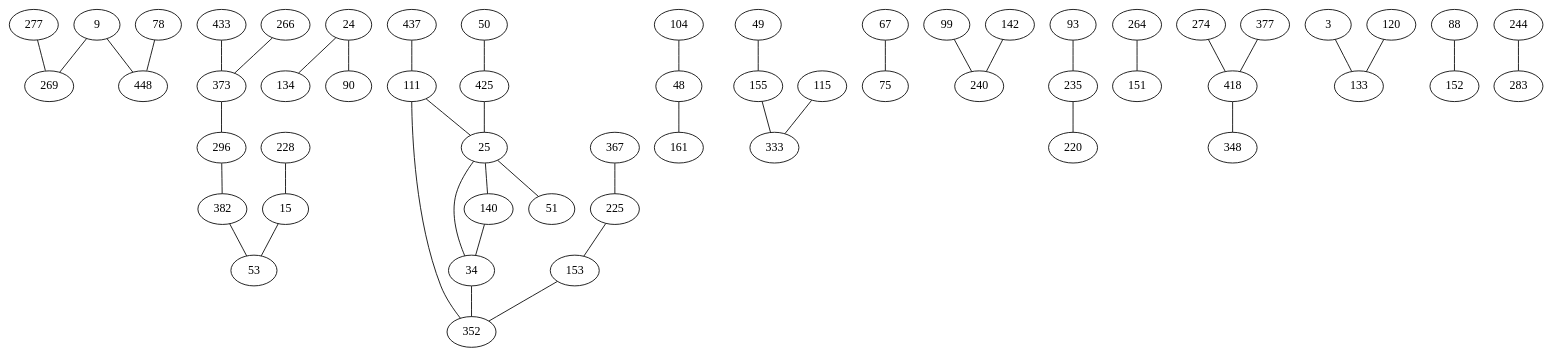
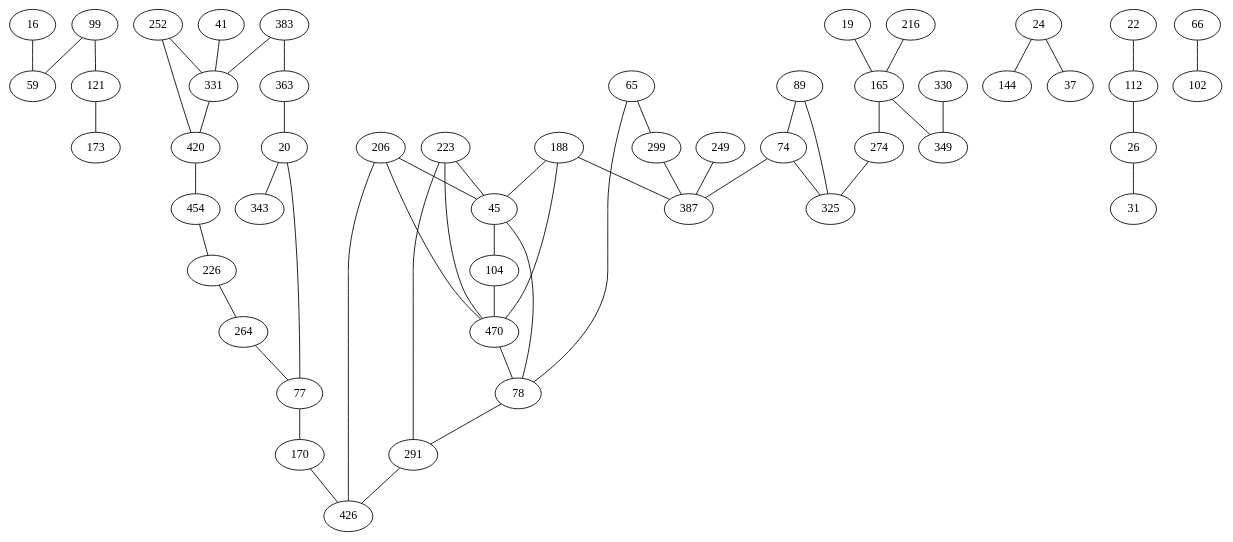
One commit to AuCson/Genome-Assembly-Implementation changed the diagram in external/dbg2olc/BiDirectedBestOverlapGraph.dot. Above: the diagram before and after it, drawn with Graphviz. The commit also changed 105 other files, not shown here.

```diff
--- a/external/dbg2olc/BiDirectedBestOverlapGraph.dot
+++ b/external/dbg2olc/BiDirectedBestOverlapGraph.dot
@@ -1,73 +1,88 @@
 strict graph G {
-9 -- 269;
-15 -- 53;
-24 -- 134;
-25 -- 140;
-34 -- 352;
-48 -- 161;
-49 -- 155;
-50 -- 425;
-53 -- 15;
-67 -- 75;
-75 -- 67;
-78 -- 448;
-99 -- 240;
-104 -- 48;
-111 -- 352;
-115 -- 333;
-134 -- 24;
-140 -- 34;
-142 -- 240;
-153 -- 352;
-155 -- 333;
-225 -- 153;
-235 -- 220;
-240 -- 99;
-264 -- 151;
-269 -- 9;
-274 -- 418;
-277 -- 269;
-296 -- 382;
-333 -- 155;
-352 -- 153;
-373 -- 296;
-382 -- 53;
-418 -- 348;
-425 -- 25;
-433 -- 373;
-437 -- 111;
-3 -- 133;
-9 -- 448;
-24 -- 90;
-25 -- 51;
-34 -- 25;
-51 -- 25;
-53 -- 382;
-88 -- 152;
-90 -- 24;
-93 -- 235;
-111 -- 25;
-120 -- 133;
-133 -- 120;
-140 -- 25;
-151 -- 264;
-152 -- 88;
-153 -- 225;
-161 -- 48;
-220 -- 235;
-228 -- 15;
-244 -- 283;
-266 -- 373;
-269 -- 277;
-283 -- 244;
-296 -- 373;
-348 -- 418;
-352 -- 111;
-367 -- 225;
-373 -- 266;
-377 -- 418;
-382 -- 296;
-418 -- 377;
-425 -- 50;
-448 -- 78;
+16 -- 59;
+20 -- 77;
+24 -- 144;
+26 -- 31;
+45 -- 104;
+59 -- 16;
+65 -- 299;
+74 -- 325;
+77 -- 170;
+78 -- 291;
+89 -- 325;
+99 -- 59;
+104 -- 45;
+104 -- 470;
+112 -- 26;
+121 -- 173;
+165 -- 274;
+170 -- 426;
+188 -- 45;
+188 -- 470;
+206 -- 45;
+206 -- 470;
+216 -- 165;
+223 -- 291;
+226 -- 264;
+252 -- 420;
+264 -- 226;
+274 -- 325;
+291 -- 223;
+299 -- 387;
+325 -- 274;
+330 -- 349;
+331 -- 420;
+363 -- 20;
+383 -- 363;
+387 -- 299;
+420 -- 454;
+426 -- 170;
+454 -- 226;
+470 -- 104;
+19 -- 165;
+20 -- 343;
+22 -- 112;
+24 -- 37;
+26 -- 112;
+31 -- 26;
+37 -- 24;
+41 -- 331;
+45 -- 78;
+59 -- 99;
+65 -- 78;
+66 -- 102;
+74 -- 387;
+77 -- 20;
+78 -- 65;
+89 -- 74;
+99 -- 121;
+102 -- 66;
+112 -- 22;
+121 -- 99;
+144 -- 24;
+165 -- 349;
+170 -- 77;
+173 -- 121;
+188 -- 387;
+206 -- 426;
+223 -- 45;
+223 -- 470;
+226 -- 454;
+249 -- 387;
+252 -- 331;
+264 -- 77;
+274 -- 165;
+291 -- 426;
+299 -- 65;
+325 -- 89;
+331 -- 41;
+343 -- 20;
+349 -- 165;
+363 -- 383;
+383 -- 331;
+387 -- 74;
+420 -- 331;
+426 -- 291;
+454 -- 420;
+470 -- 78;
 }
```
